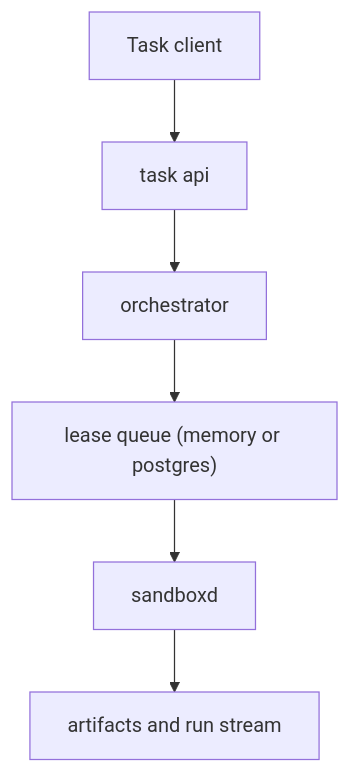
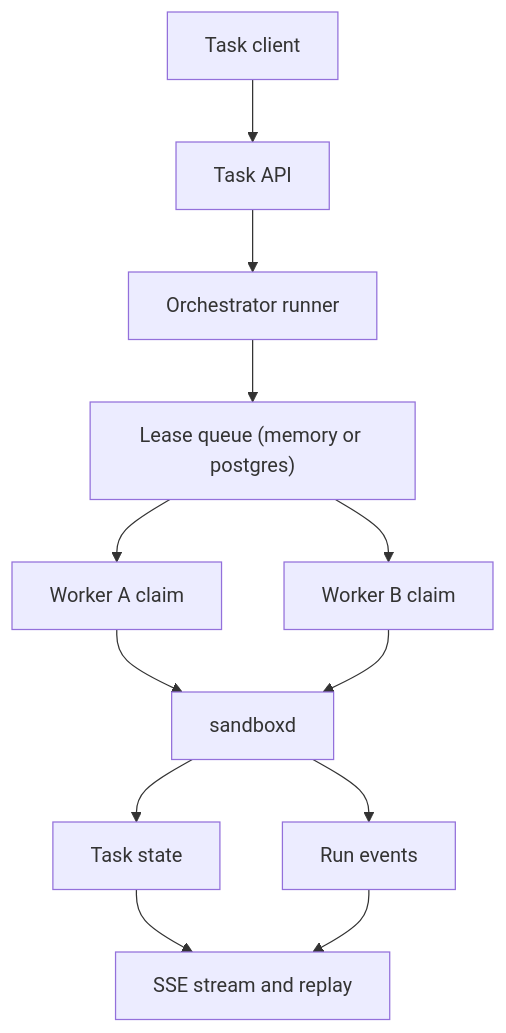
Before and after one commit to chicoxyzzy/hecate: the second of 3 diagrams in README.md, drawn with Mermaid. The commit also changed other lines of this file, not shown here.

Commit message:
update mermaid diagrams in readme

````diff
--- a/README.md
+++ b/README.md
@@ -63,8 +65,14 @@
 ```mermaid
 flowchart TD
-    TC["Task client"] --> TASKAPI["task api"];
-    TASKAPI --> ORCH["orchestrator"];
-    ORCH --> LEASEQ["lease queue (memory or postgres)"];
-    LEASEQ --> SANDBOXD["sandboxd"];
-    SANDBOXD --> ARTIFACTS["artifacts and run stream"];
+    TaskClient["Task client"] --> TaskApi["Task API"];
+    TaskApi --> Orchestrator["Orchestrator runner"];
+    Orchestrator --> LeaseQueue["Lease queue (memory or postgres)"];
+    LeaseQueue --> WorkerA["Worker A claim"];
+    LeaseQueue --> WorkerB["Worker B claim"];
+    WorkerA --> Sandboxd["sandboxd"];
+    WorkerB --> Sandboxd;
+    Sandboxd --> TaskState["Task state"];
+    Sandboxd --> Events["Run events"];
+    TaskState --> Stream["SSE stream and replay"];
+    Events --> Stream;
 ```
````
